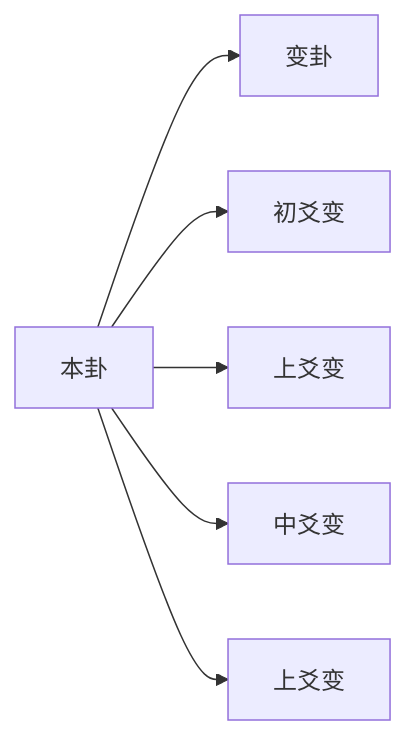
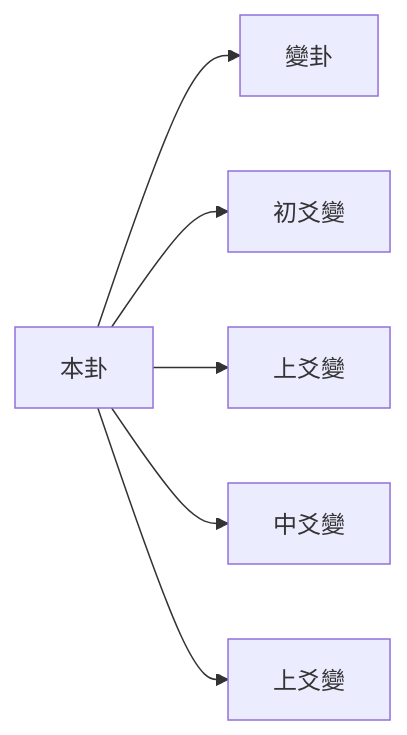
Before and after one commit to kmjade/knowledge-value: diagram 11 of 13 in 3 Resources/04-Interests/易学/03-占卜方法/梅花易数入门.md, drawn with Mermaid. The commit also changed other lines of this file and 49 other files, not shown here.

````diff
--- a/3 Resources/04-Interests/易学/03-占卜方法/梅花易数入门.md
+++ b/3 Resources/04-Interests/易学/03-占卜方法/梅花易数入门.md
@@ -293,9 +293,9 @@
 ```mermaid
 graph LR
-    A[本卦] --> B[变卦]
+    A[本卦] --> B[變卦]
     
-    A --> C[初爻变]
-    A --> D[上爻变]
-    A --> E[中爻变]
-    A --> F[上爻变]
+    A --> C[初爻變]
+    A --> D[上爻變]
+    A --> E[中爻變]
+    A --> F[上爻變]
 ```
````
